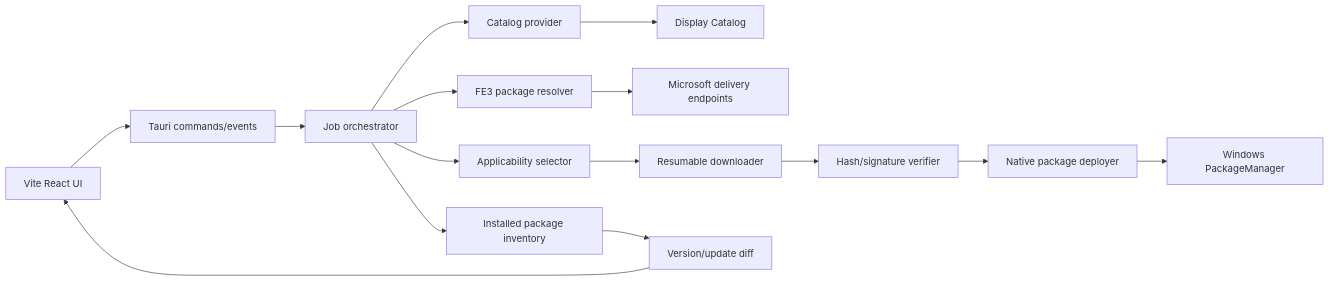
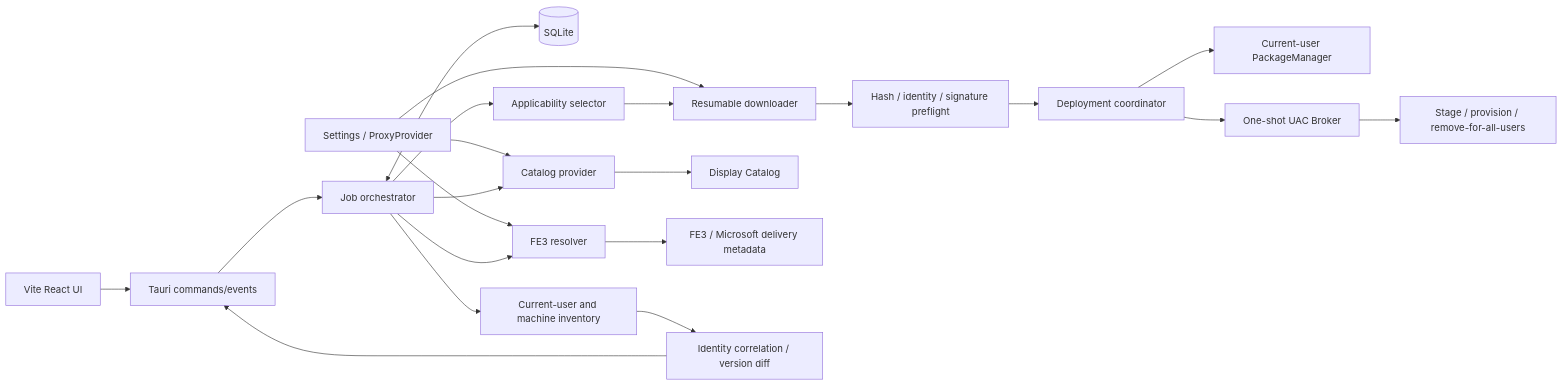
One commit to KawaiiSh1zuku/YetAnotherMicrosoftStore changed the diagram in docs/superpowers/specs/2026-10-01-third-party-store-client-design.md. Above: the diagram before and after it, drawn with Mermaid. The commit also changed other lines of this file and 5 other files, not shown here.

```diff
--- a/docs/superpowers/specs/2026-10-01-third-party-store-client-design.md
+++ b/docs/superpowers/specs/2026-10-01-third-party-store-client-design.md
@@ -93,17 +114,20 @@
 ~~~mermaid
 flowchart LR
-  UI[Vite React UI] --> CMD[Tauri commands/events]
-  CMD --> ORCH[Job orchestrator]
-  ORCH --> CAT[Catalog provider]
-  CAT --> DCAT[Display Catalog]
-  ORCH --> FE3[FE3 package resolver]
-  FE3 --> MS[Microsoft delivery endpoints]
+  UI[Vite React UI] --> API[Tauri commands/events]
+  API --> ORCH[Job orchestrator]
+  ORCH <--> DB[(SQLite)]
+  SETTINGS[Settings / ProxyProvider] --> CAT[Catalog provider]
+  SETTINGS --> RES[FE3 resolver]
+  SETTINGS --> DL[Resumable downloader]
+  ORCH --> CAT --> DCAT[Display Catalog]
+  ORCH --> RES --> FE3[FE3 / Microsoft delivery metadata]
   ORCH --> SEL[Applicability selector]
-  SEL --> DL[Resumable downloader]
-  DL --> VERIFY[Hash/signature verifier]
-  VERIFY --> DEPLOY[Native package deployer]
-  DEPLOY --> PM[Windows PackageManager]
-  ORCH --> INV[Installed package inventory]
-  INV --> DIFF[Version/update diff]
-  DIFF --> UI
+  SEL --> DL --> VERIFY[Hash / identity / signature preflight]
+  VERIFY --> DEPLOY[Deployment coordinator]
+  DEPLOY --> CURRENT[Current-user PackageManager]
+  DEPLOY --> BROKER[One-shot UAC Broker]
+  BROKER --> MACHINE[Stage / provision / remove-for-all-users]
+  ORCH --> INV[Current-user and machine inventory]
+  INV --> DIFF[Identity correlation / version diff]
+  DIFF --> API
 ~~~
```
